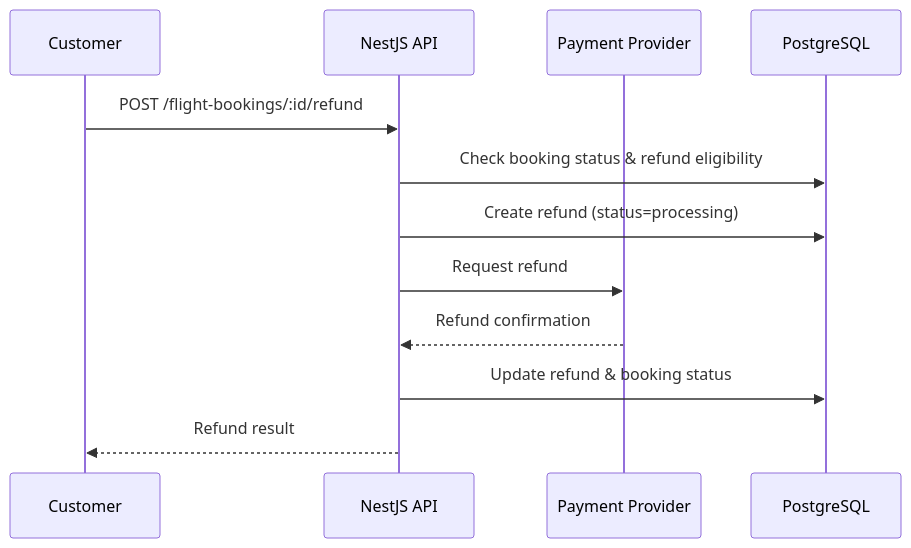
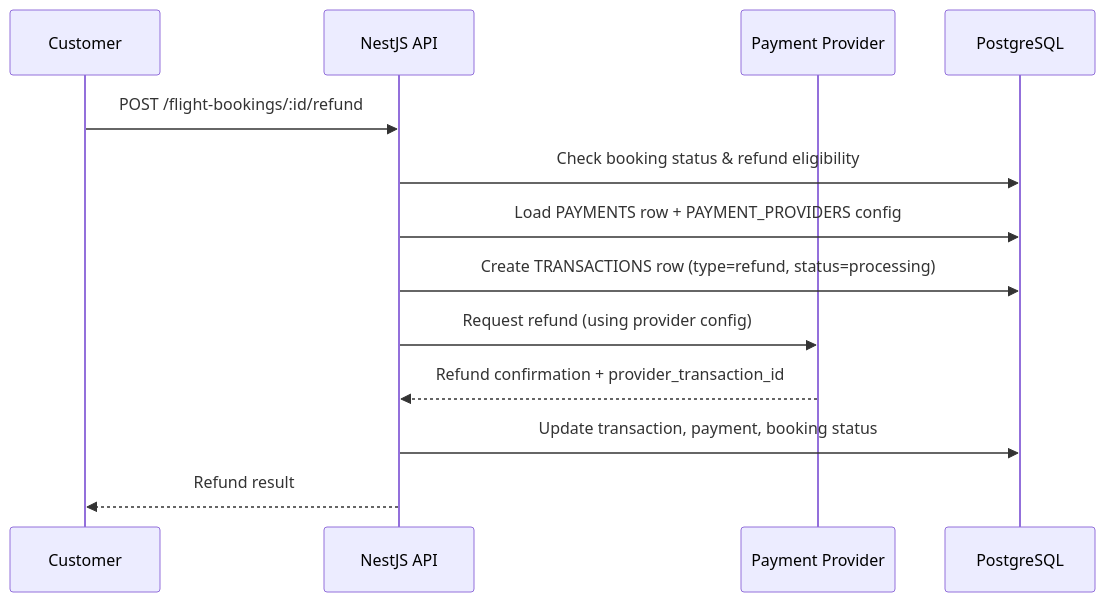
Before and after one commit to SaraMagdyAbdelhamed/booking_project_nodejs: the seventh of 12 diagrams in README.md, drawn with Mermaid. The commit also changed other lines of this file, not shown here.

Commit message:
Enhance README with detailed explanations of flight and hotel booking structures, payment processing, and transaction management

````diff
--- a/README.md
+++ b/README.md
@@ -741,15 +843,16 @@
 ```mermaid
 sequenceDiagram
     participant U as Customer
     participant A as NestJS API
     participant P as Payment Provider
     participant D as PostgreSQL
 
     U->>A: POST /flight-bookings/:id/refund
     A->>D: Check booking status & refund eligibility
-    A->>D: Create refund (status=processing)
-    A->>P: Request refund
-    P-->>A: Refund confirmation
-    A->>D: Update refund & booking status
+    A->>D: Load PAYMENTS row + PAYMENT_PROVIDERS config
+    A->>D: Create TRANSACTIONS row (type=refund, status=processing)
+    A->>P: Request refund (using provider config)
+    P-->>A: Refund confirmation + provider_transaction_id
+    A->>D: Update transaction, payment, booking status
     A-->>U: Refund result
 ```
````
